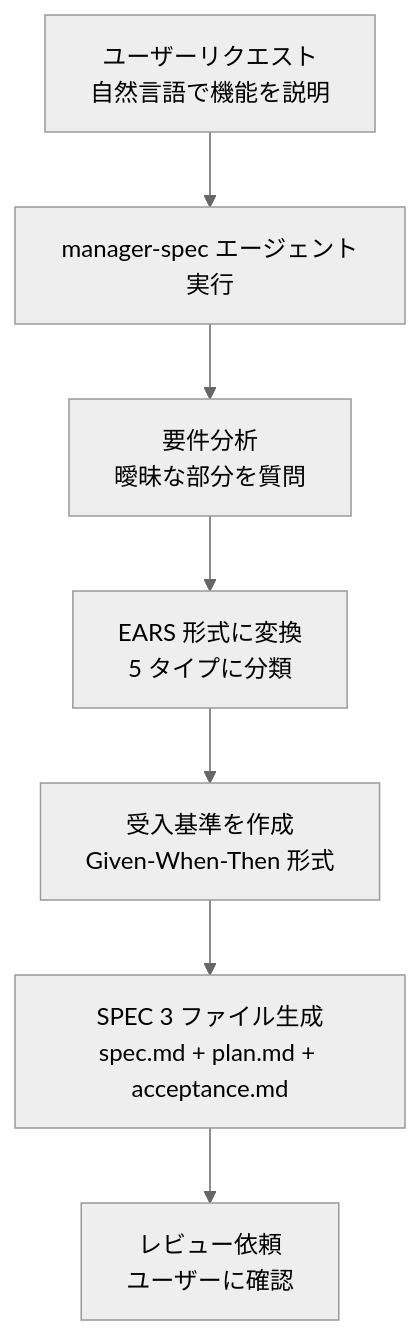
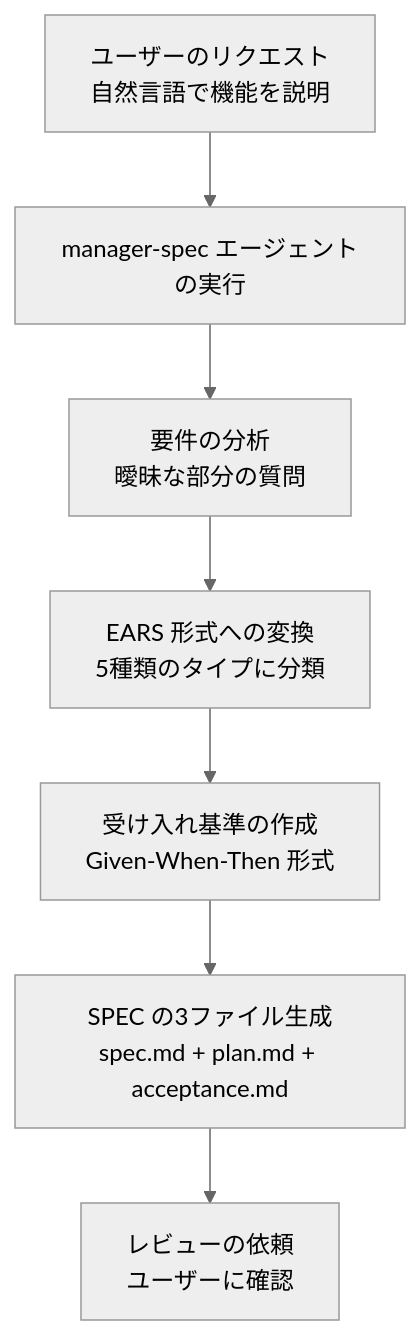
Before and after one commit to modu-ai/moai-adk: the fourth of 5 diagrams in docs-site/content/ja/core-concepts/spec-based-dev.md, drawn with Mermaid (neutral theme). The commit also changed other lines of this file and 395 other files, not shown here.

````diff
--- a/docs-site/content/ja/core-concepts/spec-based-dev.md
+++ b/docs-site/content/ja/core-concepts/spec-based-dev.md
@@ -351,9 +334,9 @@
 ```mermaid
 flowchart TD
-    A["ユーザーリクエスト\n自然言語で機能を説明"] --> B["manager-spec エージェント実行"]
-    B --> C["要件分析\n曖昧な部分を質問"]
-    C --> D["EARS 形式に変換\n5 タイプに分類"]
-    D --> E["受入基準を作成\nGiven-When-Then 形式"]
-    E --> F["SPEC 3 ファイル生成\nspec.md + plan.md + acceptance.md"]
-    F --> G["レビュー依頼\nユーザーに確認"]
+    A["ユーザーのリクエスト\n自然言語で機能を説明"] --> B["manager-spec エージェントの実行"]
+    B --> C["要件の分析\n曖昧な部分の質問"]
+    C --> D["EARS 形式への変換\n5種類のタイプに分類"]
+    D --> E["受け入れ基準の作成\nGiven-When-Then 形式"]
+    E --> F["SPEC の3ファイル生成\nspec.md + plan.md + acceptance.md"]
+    F --> G["レビューの依頼\nユーザーに確認"]
 ```
````
